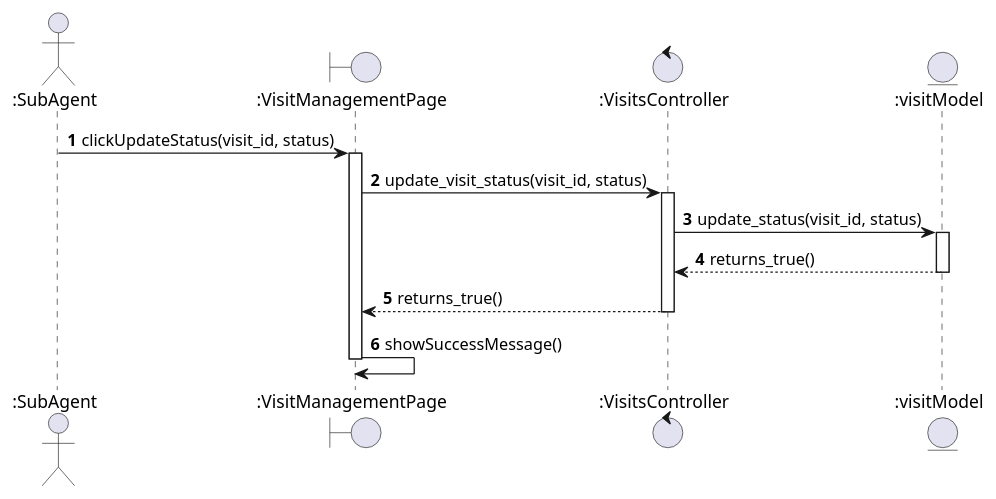
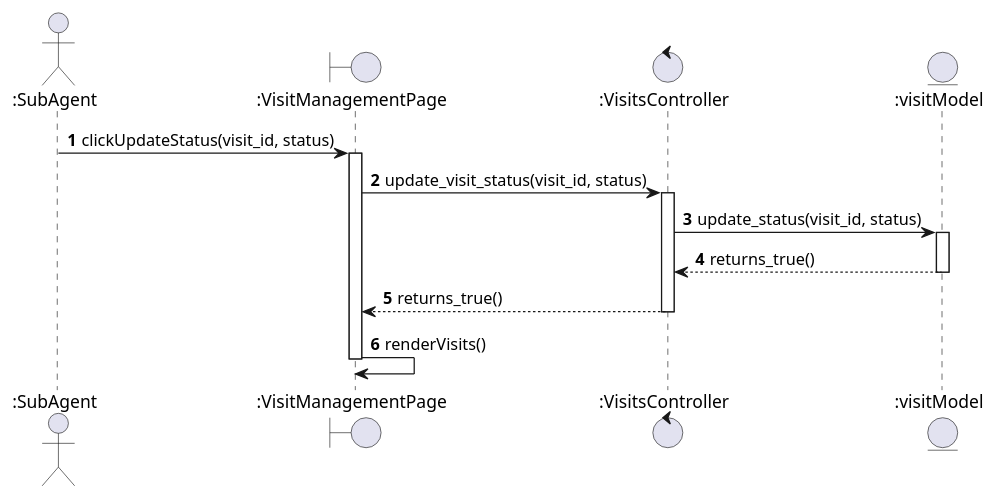
The diagram in docs/sequence_diagram_update_visit_status.puml (israhadjhassine/Graduation-Project-real-estate-automation), drawn with PlantUML before and after one commit. The commit also changed 44 other files, not shown here.

```diff
--- a/docs/sequence_diagram_update_visit_status.puml
+++ b/docs/sequence_diagram_update_visit_status.puml
@@ -1,25 +1,25 @@
 @startuml
 autonumber
 
 actor ":SubAgent" as SubAgent
 boundary ":VisitManagementPage" as VisitManagementPage
 control ":VisitsController" as VisitsController
 entity ":visitModel" as visitModel
 
 SubAgent -> VisitManagementPage : clickUpdateStatus(visit_id, status)
 activate VisitManagementPage
 
 VisitManagementPage -> VisitsController : update_visit_status(visit_id, status)
 activate VisitsController
 
 VisitsController -> visitModel : update_status(visit_id, status)
 activate visitModel
 visitModel --> VisitsController : returns_true()
 deactivate visitModel
 
 VisitsController --> VisitManagementPage : returns_true()
 deactivate VisitsController
 
-VisitManagementPage -> VisitManagementPage : showSuccessMessage()
+VisitManagementPage -> VisitManagementPage : renderVisits()
 deactivate VisitManagementPage
 @enduml
```
